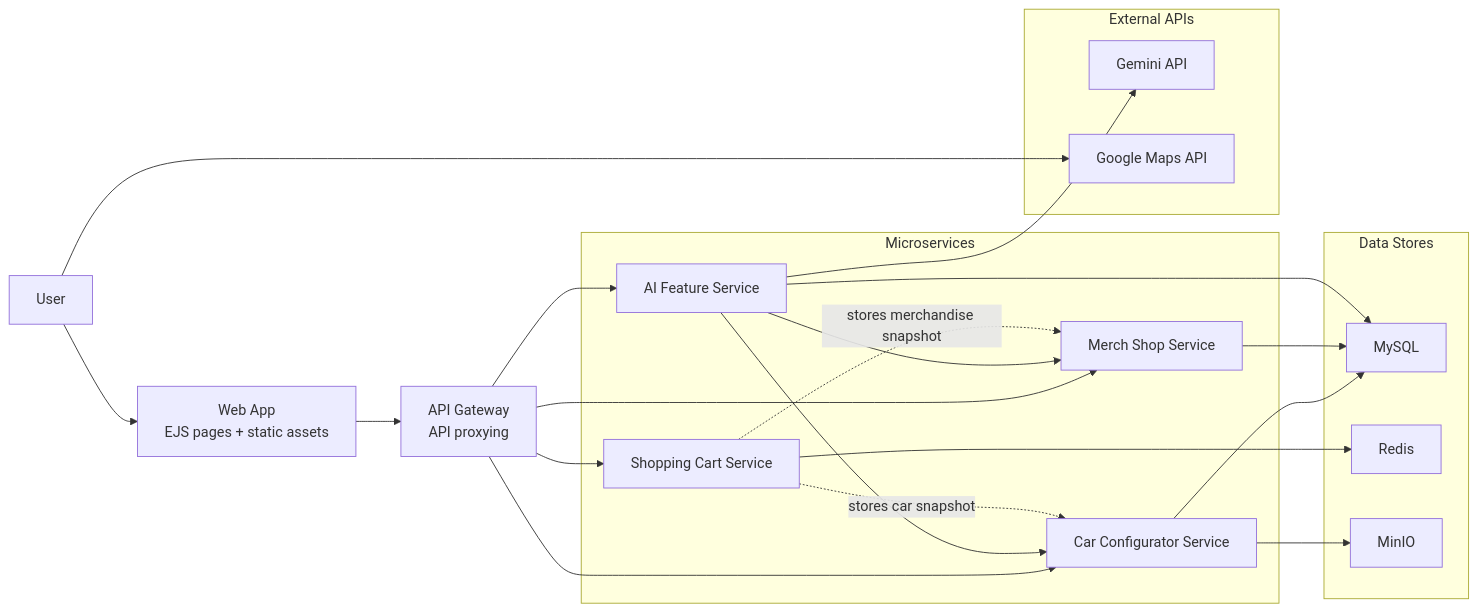
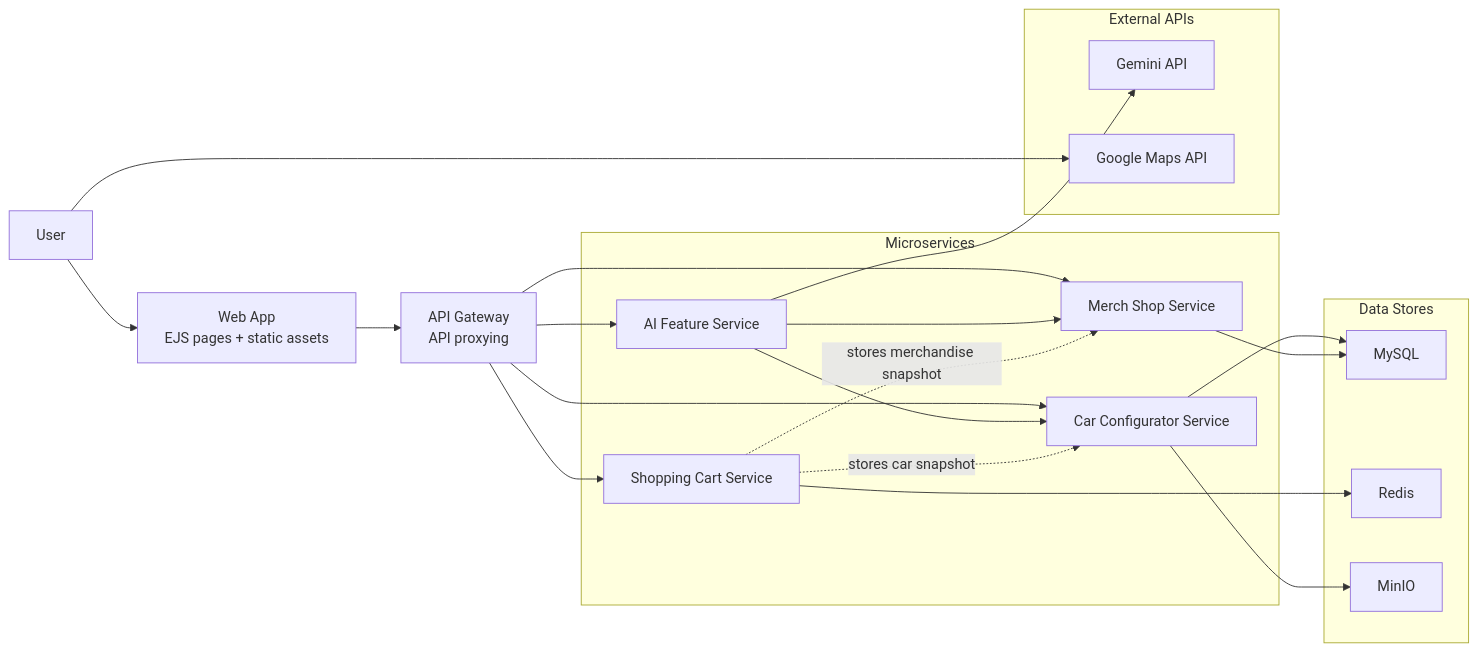
One commit to CloudBasedWebApplication/bmw changed the diagram in docs/architecture.md. Above: the diagram before and after it, drawn with Mermaid. The commit also changed other lines of this file and 4 other files, not shown here.

First line of the commit message:
docs: refresh architecture status

````diff
--- a/docs/architecture.md
+++ b/docs/architecture.md
@@ -13,49 +13,48 @@
 ```mermaid
 flowchart LR
     user["User"]
     webapp["Web App\nEJS pages + static assets"]
     gateway["API Gateway\nAPI proxying"]
 
     subgraph backend["Microservices"]
         configurator["Car Configurator Service"]
         merchandise["Merch Shop Service"]
         ai["AI Feature Service"]
         cart["Shopping Cart Service"]
     end
 
     subgraph data["Data Stores"]
         mysql["MySQL"]
         redis["Redis"]
         minio["MinIO"]
     end
 
     subgraph external["External APIs"]
         gemini["Gemini API"]
         googlemaps["Google Maps API"]
     end
 
     user --> webapp
     webapp --> gateway
 
     gateway --> configurator
     gateway --> merchandise
     gateway --> ai
     gateway --> cart
 
     user --> googlemaps
 
     configurator --> mysql
     configurator --> minio
 
     merchandise --> mysql
 
     ai --> gemini
     ai --> configurator
-    ai --> mysql
     ai --> merchandise
 
     cart --> redis
 
     cart -. "stores car snapshot" .-> configurator
     cart -. "stores merchandise snapshot" .-> merchandise
 ```
````
